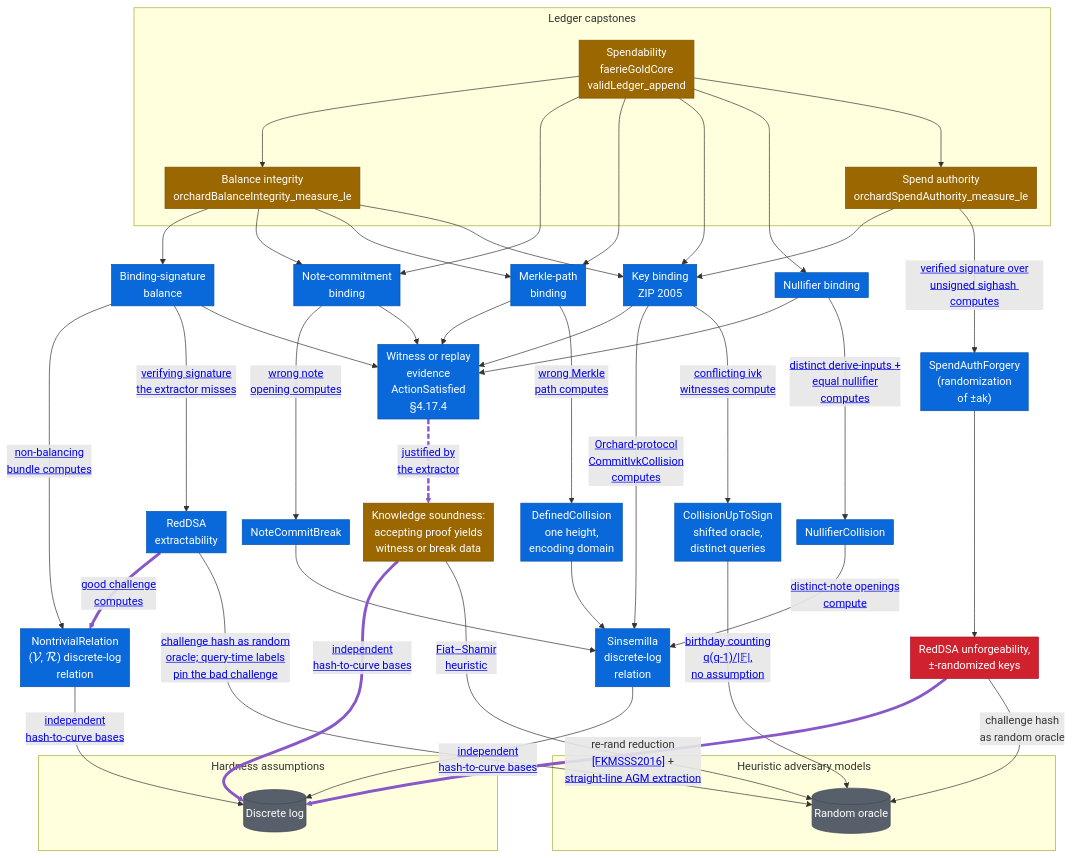
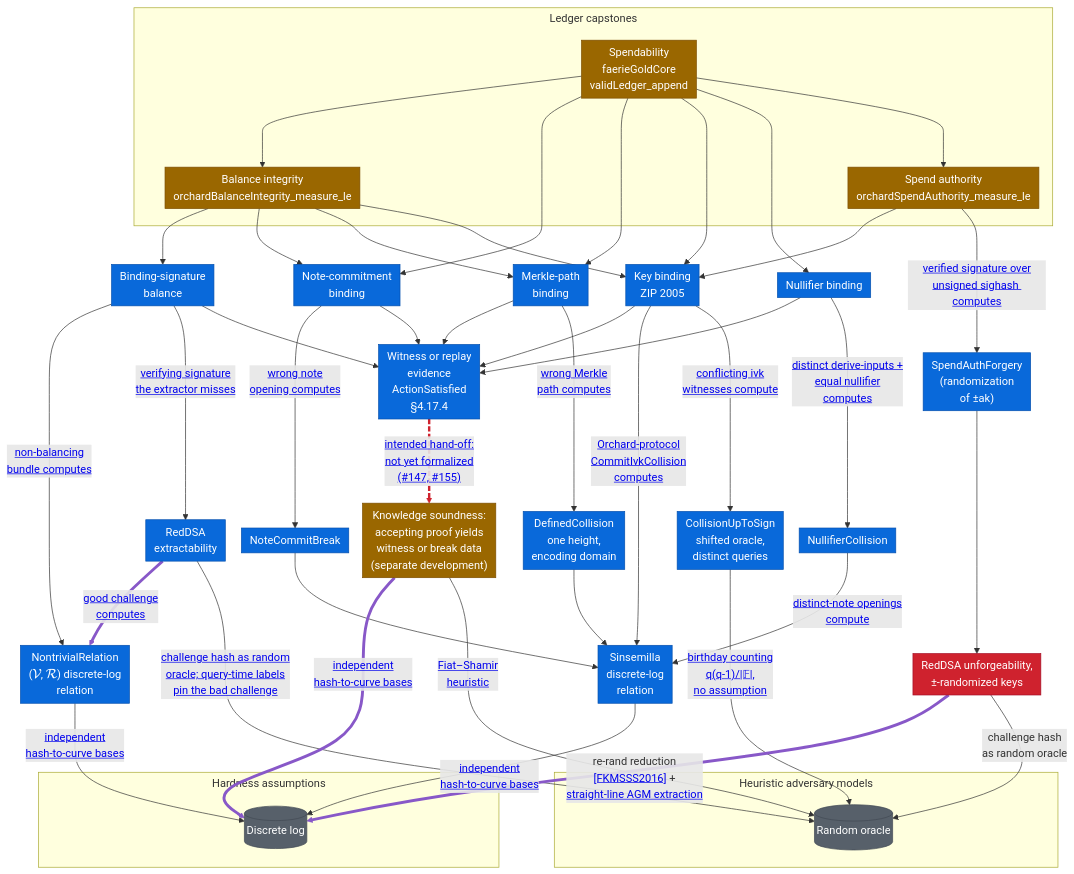
The diagram in book/src/formal-verification/ledger-security-games.md (daira/ironwood), drawn with Mermaid before and after one commit. The commit also changed other lines of this file, not shown here.

First line of the commit message:
book: draw the games-to-circuit hand-off as the gap it is

````diff
--- a/book/src/formal-verification/ledger-security-games.md
+++ b/book/src/formal-verification/ledger-security-games.md
@@ -56,7 +57,7 @@
   NFB --->|"<a target='_blank' href='https://github.com/zcash/ironwood/blob/main/Zcash/Security/Ledger/Spendability.lean'>distinct derive-inputs +<br/>equal nullifier<br/>computes</a>"| NFC["NullifierCollision"]
   SPENDAUTH --->|"<a target='_blank' href='https://github.com/zcash/ironwood/blob/main/Zcash/Security/Ledger/SpendAuthority.lean'>verified signature over<br/>unsigned sighash computes</a>"| SAF["SpendAuthForgery<br/>(randomization<br/>of ±ak)"]
 
-  STMT STMTtoKS@-. "<a target='_blank' href='https://github.com/zcash/ironwood/blob/main/Zcash/Snark/Soundness/Composition/Bridge.lean'>justified by<br/>the extractor</a>" .-> KS["Knowledge soundness:<br/>accepting proof yields<br/>witness or break data"]
+  STMT STMTtoKS@-. "<a target='_blank' href='https://github.com/zcash/ironwood/issues/147'>intended hand-off:<br/>not yet formalized<br/>(#147, #155)</a>" .-> KS["Knowledge soundness:<br/>accepting proof yields<br/>witness or break data<br/>(separate development)"]
   NCBK --> SDLR["Sinsemilla<br/>discrete-log<br/>relation"]
 
   KERR KERRtoNDLR@==>|"<a target='_blank' href='https://github.com/zcash/ironwood/blob/main/Zcash/Security/RedDSA/Extraction.lean'>good challenge<br/>computes</a>"| NDLR
@@ -104,7 +105,7 @@
   class RDSA hyp
   class DL,ROM assumed
   classDef agmEdge stroke:#8858c8,stroke-width:4.2px
-  classDef agmBridge stroke:#8858c8,stroke-width:3.5px,stroke-dasharray: 7.5 3.2
+  classDef gapEdge stroke:#cf222e,stroke-width:3.5px,stroke-dasharray: 7.5 3.2
   class KERRtoNDLR,KStoDL,RDSAtoDL agmEdge
-  class STMTtoKS agmBridge
+  class STMTtoKS gapEdge
 ```
````
